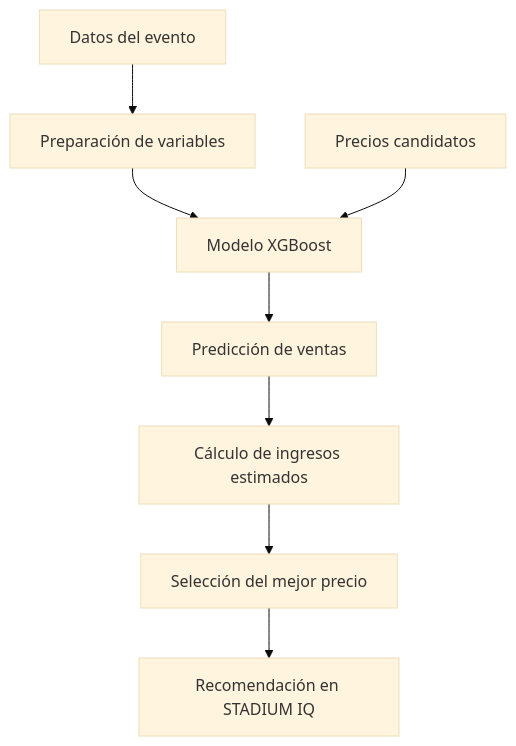
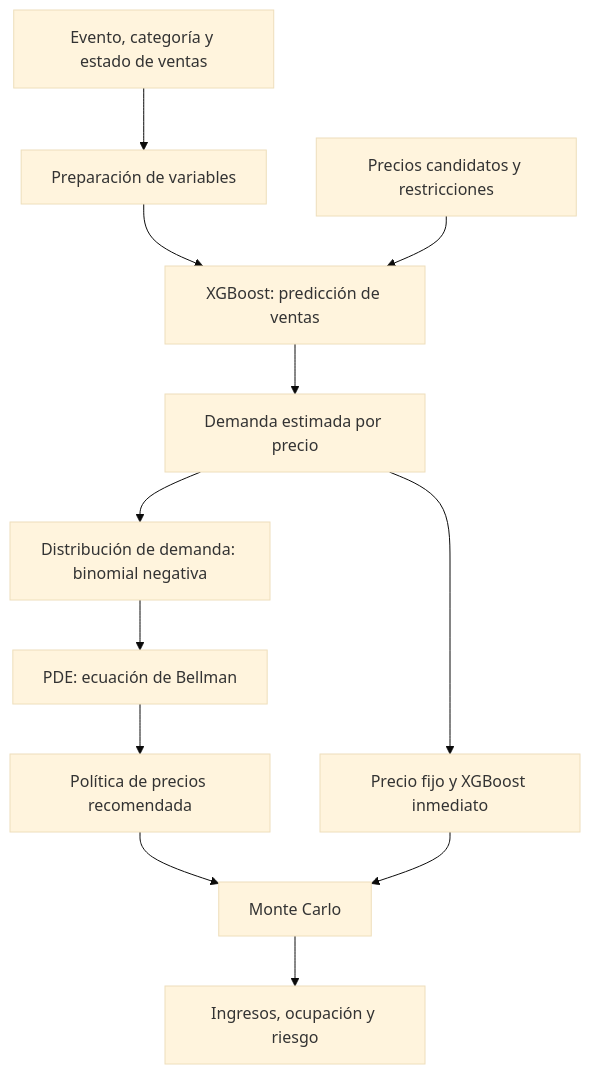
One commit to auroca/STADIUM-IQ-XGBoost-PDE-MonteCarlo changed the diagram in README.md. Above: the diagram before and after it, drawn with Mermaid (base theme). The commit also changed other lines of this file and 11 other files, not shown here.

Commit message:
feat: integrar XGBoost PDE Monte Carlo y renovar validacion Mid-Term

````diff
--- a/README.md
+++ b/README.md
@@ -116,10 +109,14 @@
 ```mermaid
 flowchart TD
-    A["Datos del evento"] --> B["Preparación de variables"]
-    B --> C["Modelo XGBoost"]
-    D["Precios candidatos"] --> C
-    C --> E["Predicción de ventas"]
-    E --> F["Cálculo de ingresos estimados"]
-    F --> G["Selección del mejor precio"]
-    G --> H["Recomendación en STADIUM IQ"]
+    A[Evento, categoría y estado de ventas] --> B[Preparación de variables]
+    B --> C[XGBoost: predicción de ventas]
+    P[Precios candidatos y restricciones] --> C
+    C --> D[Demanda estimada por precio]
+    D --> E[Distribución de demanda: binomial negativa]
+    E --> F[PDE: ecuación de Bellman]
+    F --> G[Política de precios recomendada]
+    D --> H[Precio fijo y XGBoost inmediato]
+    G --> I[Monte Carlo]
+    H --> I
+    I --> J[Ingresos, ocupación y riesgo]
 ```
````
